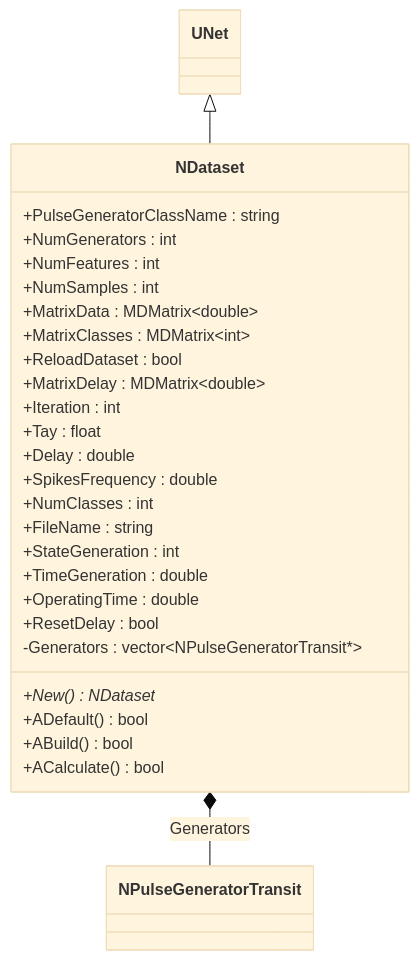
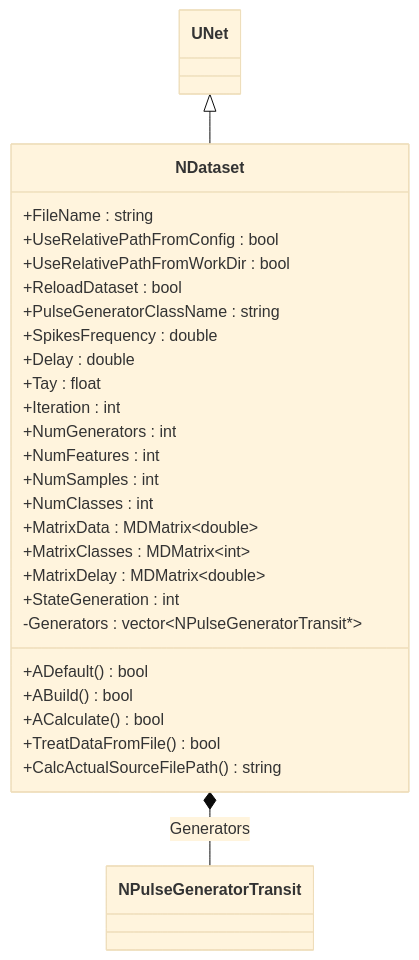
Before and after one commit to aicommunity/Nmsdk-PulseLib: the diagram in Docs/Components/NDataset.md, drawn with Mermaid (base theme). The commit also changed other lines of this file and 3 other files, not shown here.

First line of the commit message:
fix(NDataset): load sizes from file with Config/Work paths

````diff
--- a/Docs/Components/NDataset.md
+++ b/Docs/Components/NDataset.md
@@ -17,30 +17,30 @@
 ```mermaid
 classDiagram
     UNet <|-- NDataset
     NDataset *-- NPulseGeneratorTransit : Generators
     class NDataset {
+        +FileName : string
+        +UseRelativePathFromConfig : bool
+        +UseRelativePathFromWorkDir : bool
+        +ReloadDataset : bool
         +PulseGeneratorClassName : string
+        +SpikesFrequency : double
+        +Delay : double
+        +Tay : float
+        +Iteration : int
         +NumGenerators : int
         +NumFeatures : int
         +NumSamples : int
+        +NumClasses : int
         +MatrixData : MDMatrix~double~
         +MatrixClasses : MDMatrix~int~
-        +ReloadDataset : bool
         +MatrixDelay : MDMatrix~double~
-        +Iteration : int
-        +Tay : float
-        +Delay : double
-        +SpikesFrequency : double
-        +NumClasses : int
-        +FileName : string
         +StateGeneration : int
-        +TimeGeneration : double
-        +OperatingTime : double
-        +ResetDelay : bool
         -Generators : vector~NPulseGeneratorTransit*~
-        +New() NDataset*
         +ADefault() bool
         +ABuild() bool
         +ACalculate() bool
+        +TreatDataFromFile() bool
+        +CalcActualSourceFilePath() string
     }
 ```
````
